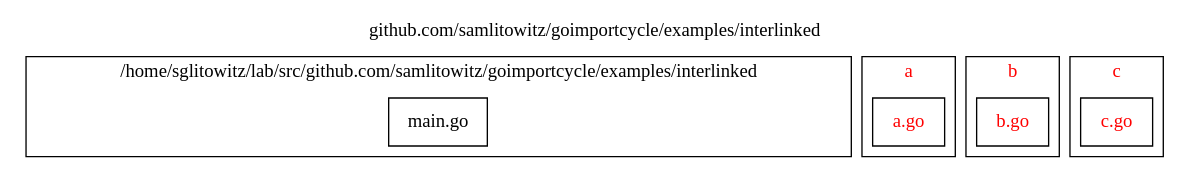
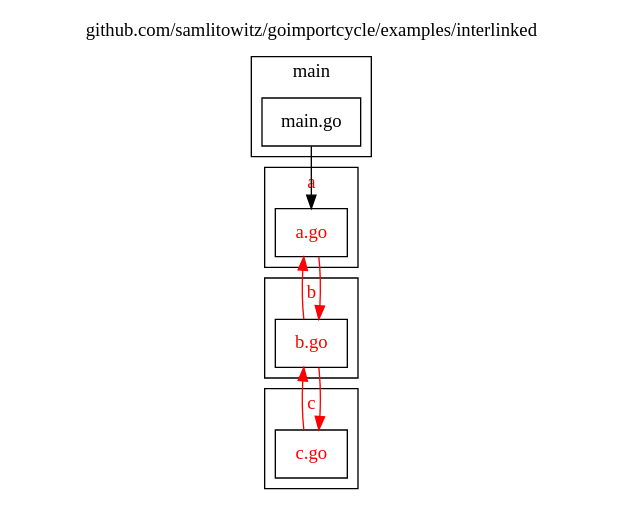
Before and after one commit to samlitowitz/goimportcycle: the diagram in assets/examples/interlinked/file.dot, drawn with Graphviz. The commit also changed 19 other files, not shown here.

```diff
--- a/assets/examples/interlinked/file.dot
+++ b/assets/examples/interlinked/file.dot
@@ -1,44 +1,49 @@
 
 digraph {
 	labelloc="t";
 	label="github.com/samlitowitz/goimportcycle/examples/interlinked";
 	rankdir="TB";
 	node [shape="rect"];
 
 	subgraph cluster_pkg_main {
-		label="/home/sglitowitz/lab/src/github.com/samlitowitz/goimportcycle/examples/interlinked";
+		label="main";
 		style="filled";
 		fontcolor="#000000";
 		fillcolor="#ffffff";
 
 		pkg_main_file_main [label="main.go", style="filled", fontcolor="#000000", fillcolor="#ffffff"];
 	};
 
 	subgraph cluster_pkg_a {
 		label="a";
 		style="filled";
 		fontcolor="#ff0000";
 		fillcolor="#ffffff";
 
 		pkg_a_file_a [label="a.go", style="filled", fontcolor="#ff0000", fillcolor="#ffffff"];
 	};
 
 	subgraph cluster_pkg_b {
 		label="b";
 		style="filled";
 		fontcolor="#ff0000";
 		fillcolor="#ffffff";
 
 		pkg_b_file_b [label="b.go", style="filled", fontcolor="#ff0000", fillcolor="#ffffff"];
 	};
 
 	subgraph cluster_pkg_c {
 		label="c";
 		style="filled";
 		fontcolor="#ff0000";
 		fillcolor="#ffffff";
 
 		pkg_c_file_c [label="c.go", style="filled", fontcolor="#ff0000", fillcolor="#ffffff"];
 	};
 
+	pkg_main_file_main -> pkg_a_file_a [color="#000000"];
+	pkg_a_file_a -> pkg_b_file_b [color="#ff0000"];
+	pkg_b_file_b -> pkg_a_file_a [color="#ff0000"];
+	pkg_b_file_b -> pkg_c_file_c [color="#ff0000"];
+	pkg_c_file_c -> pkg_b_file_b [color="#ff0000"];
 }
```
